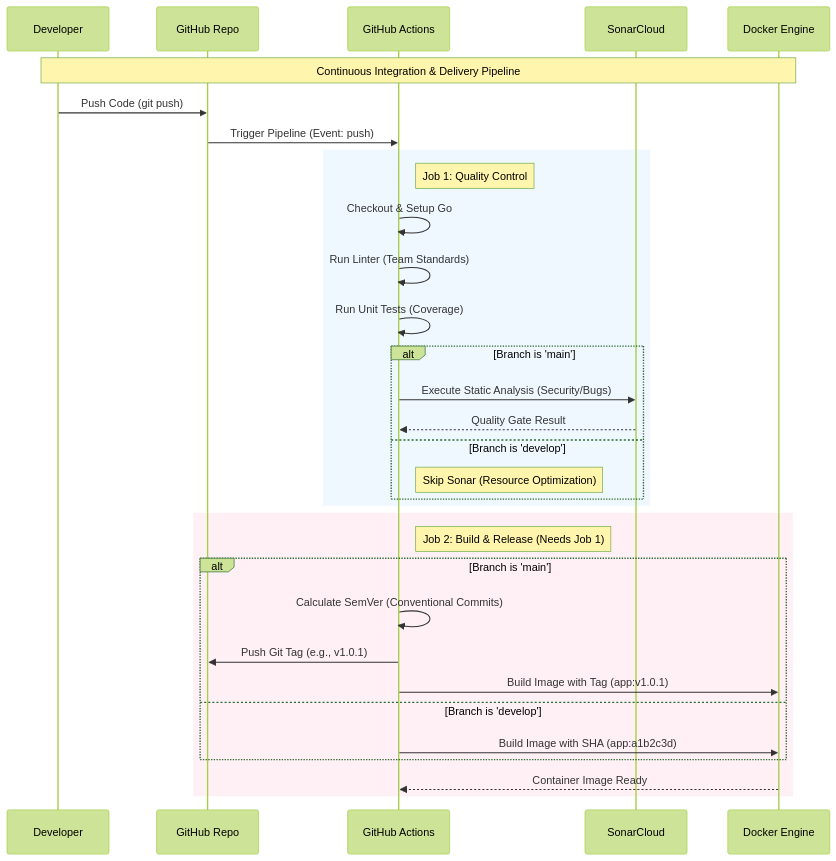
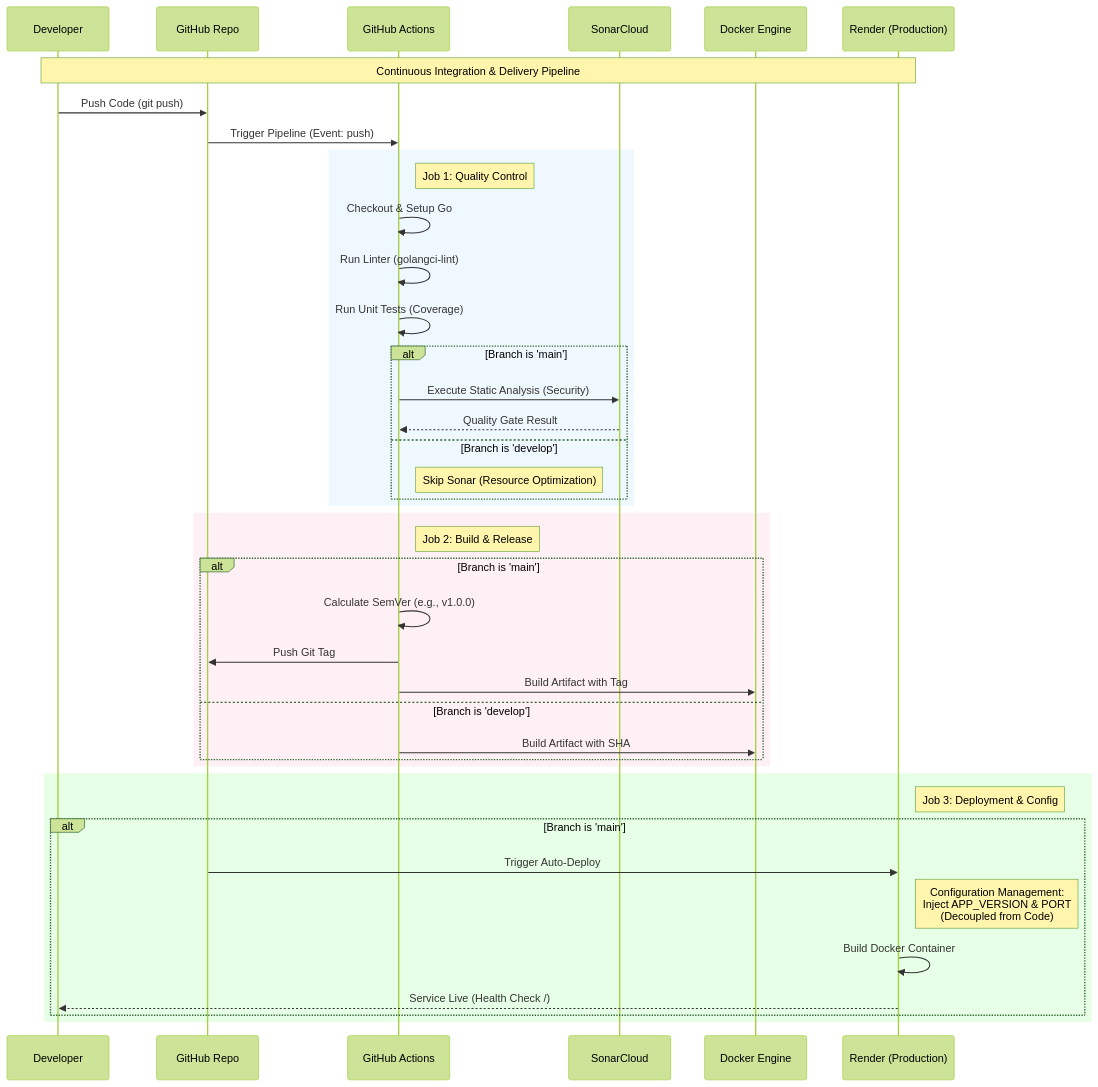
Before and after one commit to stef108/CIN: the diagram in README.md, drawn with Mermaid (forest theme).

Commit message:
expanded readme uml to showcase our deployment

````diff
--- a/README.md
+++ b/README.md
@@ -4,43 +4,54 @@
 ```mermaid
 sequenceDiagram
     participant Dev as Developer
     participant GH as GitHub Repo
     participant GA as GitHub Actions
     participant Sonar as SonarCloud
     participant Docker as Docker Engine
+    participant Render as Render (Production)
 
-    Note over Dev, Docker: Continuous Integration & Delivery Pipeline
+    Note over Dev, Render: Continuous Integration & Delivery Pipeline
 
     Dev->>GH: Push Code (git push)
     GH->>GA: Trigger Pipeline (Event: push)
 
     %% Job 1: Quality Control
     rect rgb(240, 248, 255)
         Note right of GA: Job 1: Quality Control
         GA->>GA: Checkout & Setup Go
-        GA->>GA: Run Linter (Team Standards)
+        GA->>GA: Run Linter (golangci-lint)
         GA->>GA: Run Unit Tests (Coverage)
 
         alt Branch is 'main'
-            GA->>Sonar: Execute Static Analysis (Security/Bugs)
+            GA->>Sonar: Execute Static Analysis (Security)
             Sonar-->>GA: Quality Gate Result
         else Branch is 'develop'
             Note right of GA: Skip Sonar (Resource Optimization)
         end
     end
 
-    %% Job 2: Build & Release
+    %% Job 2: Build & Release (Packaging)
     rect rgb(255, 240, 245)
-        Note right of GA: Job 2: Build & Release (Needs Job 1)
+        Note right of GA: Job 2: Build & Release
         
         alt Branch is 'main'
-            GA->>GA: Calculate SemVer (Conventional Commits)
-            GA->>GH: Push Git Tag (e.g., v1.0.1)
-            GA->>Docker: Build Image with Tag (app:v1.0.1)
+            GA->>GA: Calculate SemVer (e.g., v1.0.0)
+            GA->>GH: Push Git Tag
+            GA->>Docker: Build Artifact with Tag
         else Branch is 'develop'
-            GA->>Docker: Build Image with SHA (app:a1b2c3d)
+            GA->>Docker: Build Artifact with SHA
         end
+    end
+
+    %% Job 3: Deployment (The New Part)
+    rect rgb(230, 255, 230)
+        Note right of Render: Job 3: Deployment & Config
         
-        Docker-->>GA: Container Image Ready
+        alt Branch is 'main'
+            GH->>Render: Trigger Auto-Deploy
+            Note right of Render: Configuration Management:<br/>Inject APP_VERSION & PORT<br/>(Decoupled from Code)
+            Render->>Render: Build Docker Container
+            Render-->>Dev: Service Live (Health Check /)
+        end
     end
 ```
````
